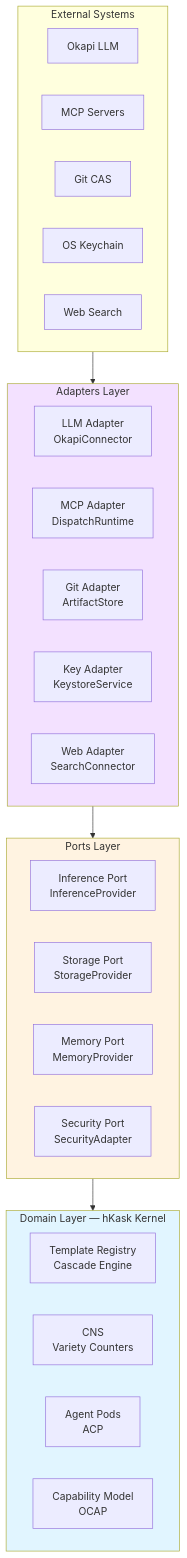
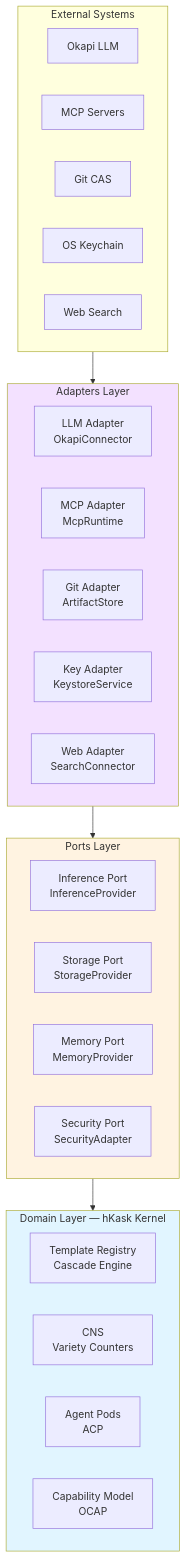
One commit to mdz-axo/hKask changed the second of 2 diagrams in docs/architecture/PRINCIPLES.md. Above: the diagram before and after it, drawn with Mermaid. The commit also changed other lines of this file and 33 other files, not shown here.

````diff
--- a/docs/architecture/PRINCIPLES.md
+++ b/docs/architecture/PRINCIPLES.md
@@ -220,40 +220,40 @@
 ```mermaid
 graph TD
     subgraph External[External Systems]
         LLM[Okapi LLM]
         MCP_EXT[MCP Servers]
         GIT[Git CAS]
         KEYCHAIN[OS Keychain]
         WEB[Web Search]
     end
     
     subgraph Adapters[Adapters Layer]
         LLM_ADAPTER[LLM Adapter<br/>OkapiConnector]
-        MCP_ADAPTER[MCP Adapter<br/>DispatchRuntime]
+        MCP_ADAPTER[MCP Adapter<br/>McpRuntime]
         GIT_ADAPTER[Git Adapter<br/>ArtifactStore]
         KEY_ADAPTER[Key Adapter<br/>KeystoreService]
         WEB_ADAPTER[Web Adapter<br/>SearchConnector]
     end
     
     subgraph Ports[Ports Layer]
         INFERENCE_PORT[Inference Port<br/>InferenceProvider]
         STORAGE_PORT[Storage Port<br/>StorageProvider]
         MEMORY_PORT[Memory Port<br/>MemoryProvider]
         SECURITY_PORT[Security Port<br/>SecurityAdapter]
     end
     
     subgraph Domain[Domain Layer — hKask Kernel]
         TEMPLATES[Template Registry<br/>Cascade Engine]
         CNS[CNS<br/>Variety Counters]
         AGENTS[Agent Pods<br/>ACP]
         CAPABILITIES[Capability Model<br/>OCAP]
     end
     
     External --> Adapters
     Adapters --> Ports
     Ports --> Domain
     
     style Domain fill:#e1f5ff
     style Ports fill:#fff3e1
     style Adapters fill:#f3e1ff
 ```
````
